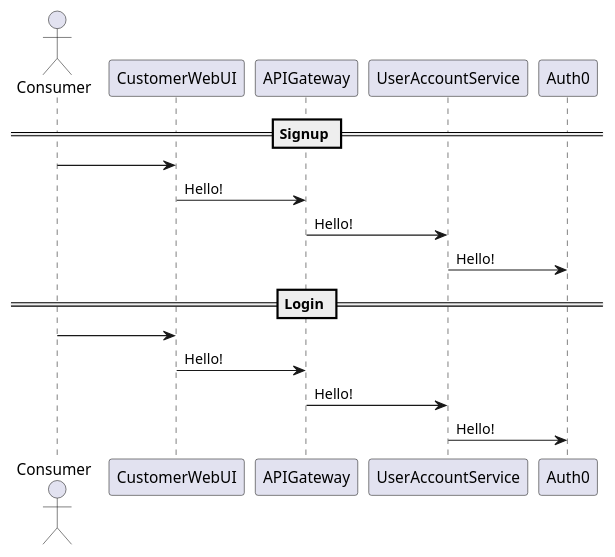
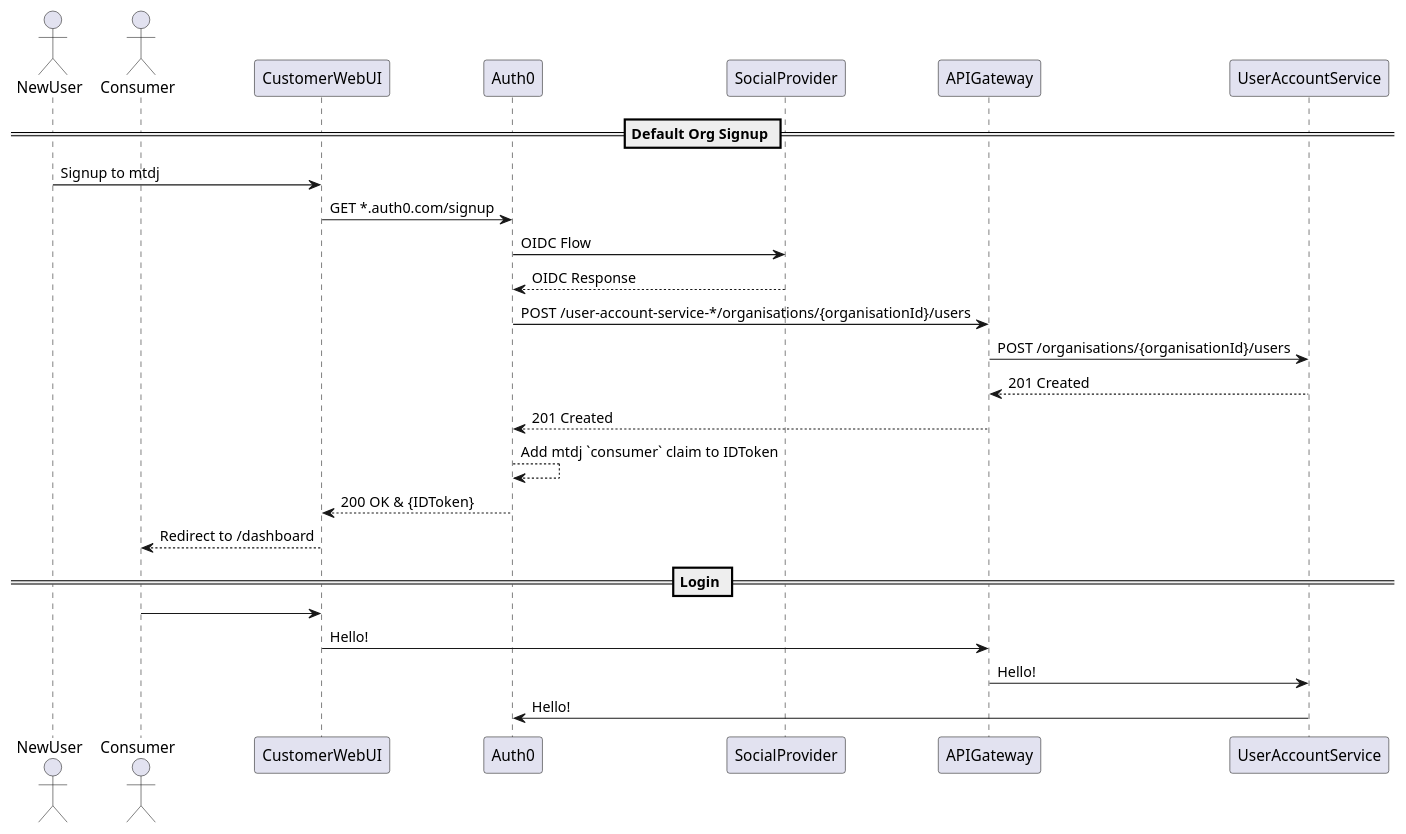
One commit to math-dojo/architecture changed the diagram in diagrams/plantuml/consumer-auth-journey.puml. Above: the diagram before and after it, drawn with PlantUML.

Commit message:
Add defult user signup journey

```diff
--- a/diagrams/plantuml/consumer-auth-journey.puml
+++ b/diagrams/plantuml/consumer-auth-journey.puml
@@ -1,15 +1,26 @@
 @startuml consumer-auth-journey
+skinparam responseMessageBelowArrow true
+actor NewUser
 actor Consumer
-== Signup ==
-Consumer -> CustomerWebUI: 
-CustomerWebUI -> APIGateway: Hello!
-APIGateway -> UserAccountService: Hello!
-UserAccountService -> Auth0: Hello!
+
+== Default Org Signup ==
+NewUser -> CustomerWebUI: Signup to mtdj
+CustomerWebUI -> Auth0: GET *.auth0.com/signup
+Auth0 -> SocialProvider: OIDC Flow
+SocialProvider --> Auth0: OIDC Response
+Auth0 -> APIGateway: POST /user-account-service-*/organisations/{organisationId}/users
+APIGateway -> UserAccountService: POST /organisations/{organisationId}/users
+UserAccountService --> APIGateway: 201 Created
+APIGateway --> Auth0: 201 Created
+Auth0 --> Auth0: Add mtdj `consumer` claim to IDToken
+Auth0 --> CustomerWebUI: 200 OK & {IDToken}
+CustomerWebUI --> Consumer: Redirect to /dashboard
+
 
 == Login ==
 Consumer -> CustomerWebUI: 
 CustomerWebUI -> APIGateway: Hello!
 APIGateway -> UserAccountService: Hello!
 UserAccountService -> Auth0: Hello!
 
 @enduml
```
